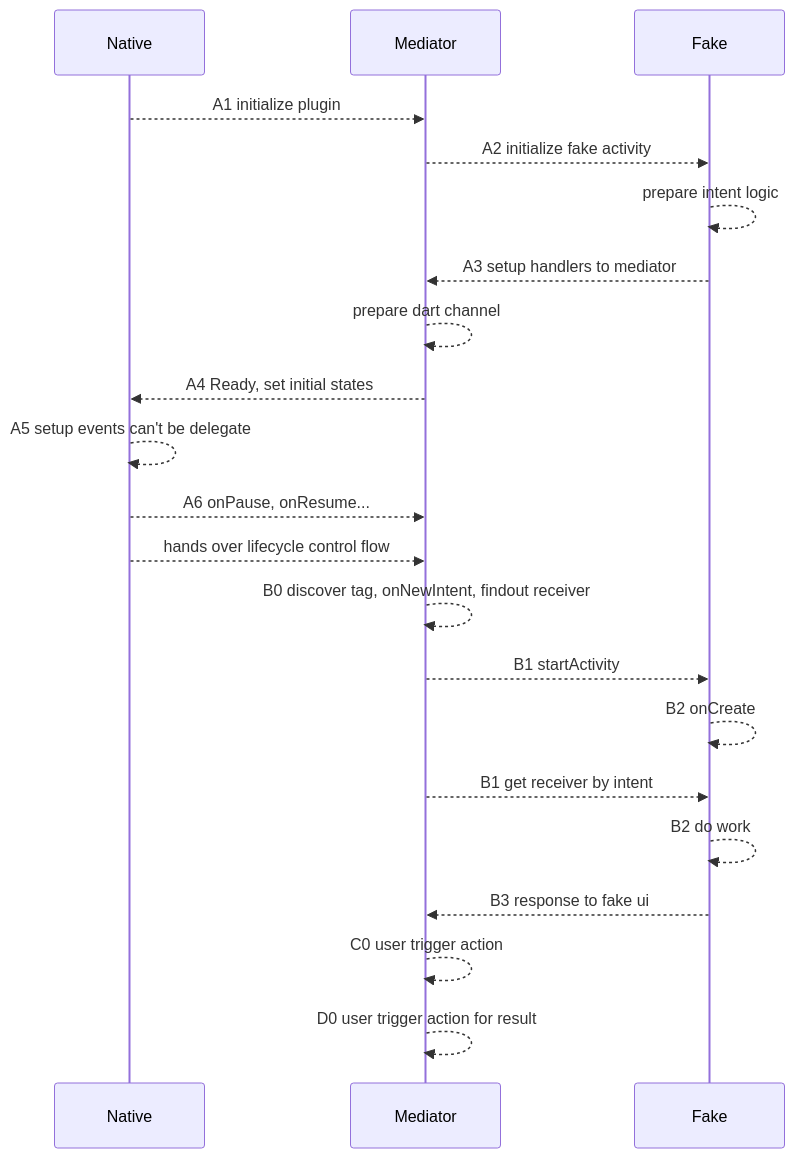
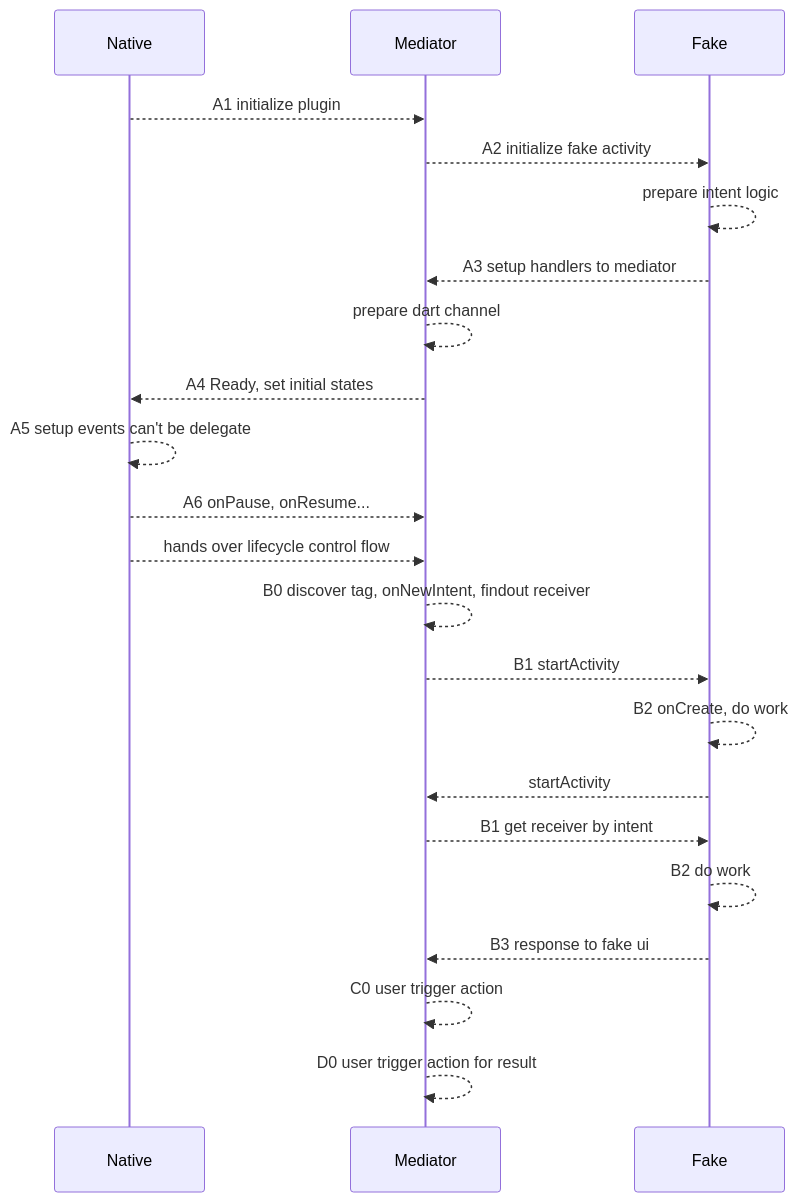
The second of 2 diagrams in flutter/addActivityResultListener.md (gordianknotC/nxp_note), drawn with Mermaid before and after one commit. The commit also changed other lines of this file, not shown here.

Commit message:
flutter/addActivityResultListener.md updated from https://stackedit.io/

````diff
--- a/flutter/addActivityResultListener.md
+++ b/flutter/addActivityResultListener.md
@@ -55,29 +55,30 @@
 ```mermaid
 sequenceDiagram
 participant Native
 participant Mediator
 participant Fake
 
 Native -->> Mediator: A1 initialize plugin
 Mediator -->> Fake: A2 initialize fake activity
 Fake -->> Fake: prepare intent logic
 Fake -->> Mediator: A3 setup handlers to mediator
 Mediator -->> Mediator: prepare dart channel
 Mediator -->> Native: A4 Ready, set initial states
 Native -->> Native: A5 setup events can't be delegate
 Native -->> Mediator: A6 onPause, onResume...
 Native -->> Mediator: hands over lifecycle control flow
 
 Mediator-->> Mediator: B0 discover tag, onNewIntent, findout receiver
 Mediator-->>Fake: B1 startActivity
-Fake-->>Fake: B2 onCreate
+Fake-->>Fake: B2 onCreate, do work
+Fake-->>Mediator: startActivity
 Mediator-->>Fake: B1 get receiver by intent
 Fake-->>Fake:B2 do work
 Fake-->>Mediator:B3 response to fake ui
 
  
  Mediator-->>Mediator: C0 user trigger action
  
  Mediator-->>Mediator: D0 user trigger action for result
 
 ```
````
